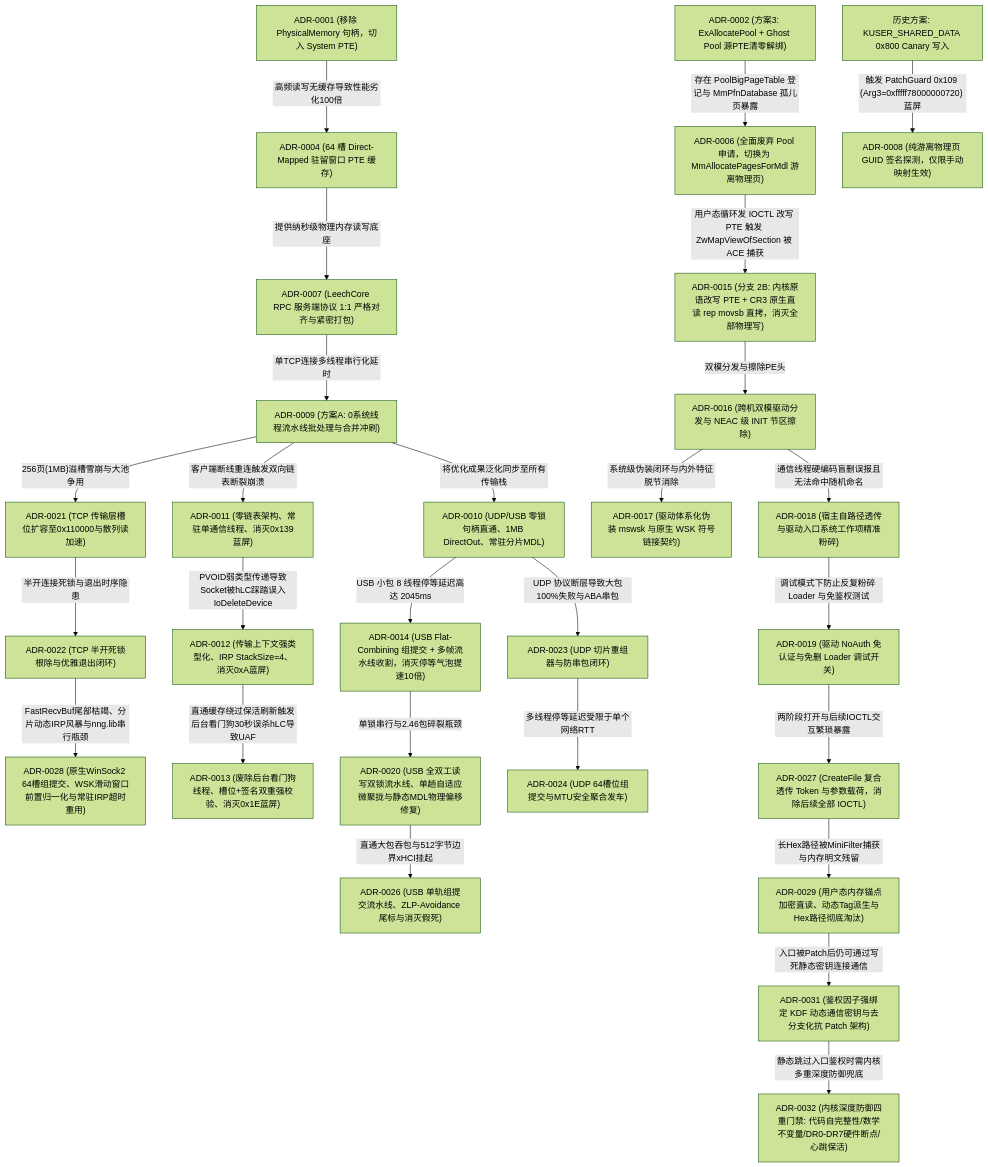
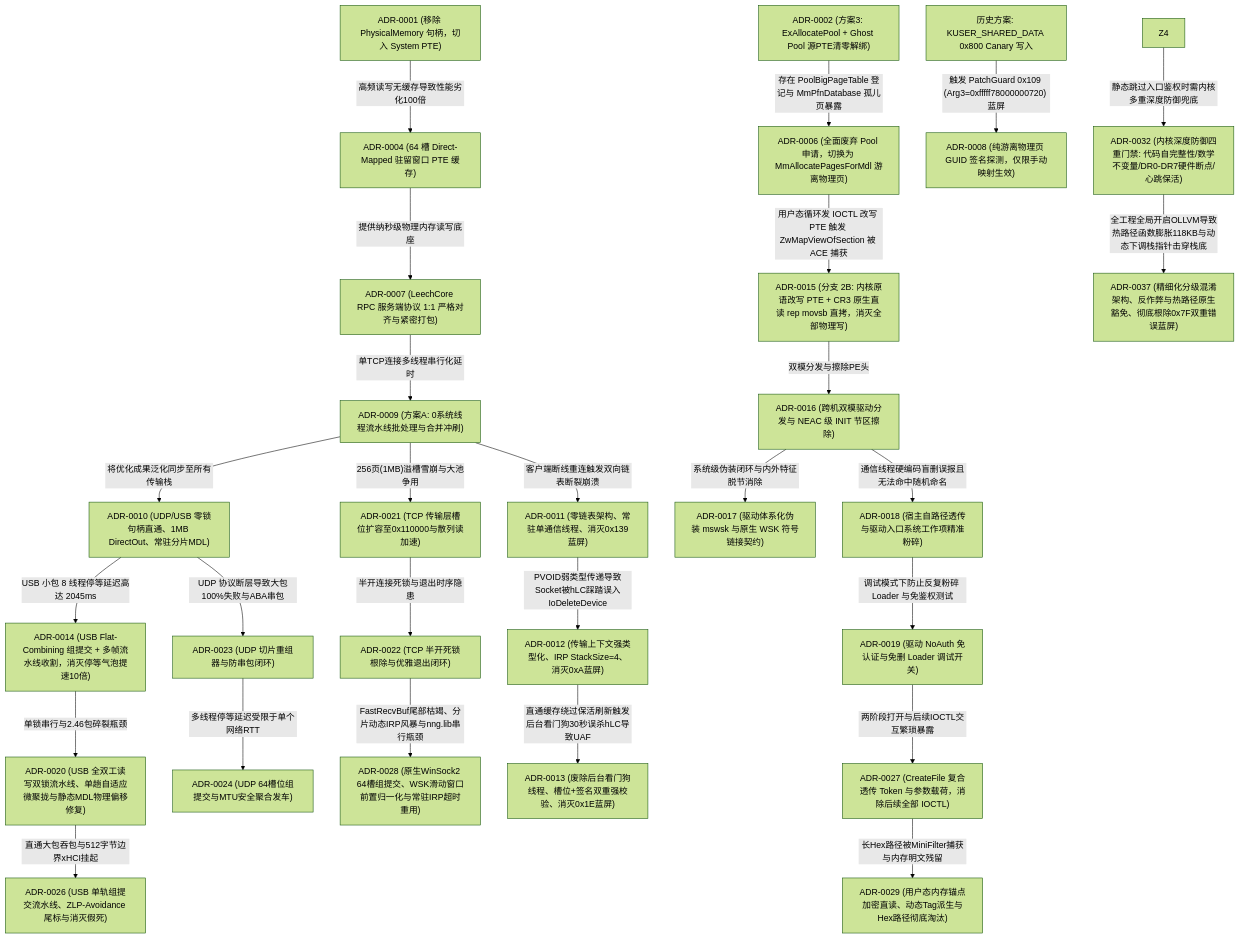
Before and after one commit to zhugeliang666/CheatDrv: the diagram in docs/decisions/README.md, drawn with Mermaid (forest theme). The commit also changed other lines of this file and 46 other files, not shown here.

````diff
--- a/docs/decisions/README.md
+++ b/docs/decisions/README.md
@@ -49,30 +60,30 @@
 ```mermaid
 
 graph TD
     A["ADR-0002 (方案3: ExAllocatePool + Ghost Pool 源PTE清零解绑)"] --"存在 PoolBigPageTable 登记与 MmPfnDatabase 孤儿页暴露"--> B["ADR-0006 (全面废弃 Pool 申请，切换为 MmAllocatePagesForMdl 游离物理页)"]
     B --"用户态循环发 IOCTL 改写 PTE 触发 ZwMapViewOfSection 被 ACE 捕获"--> N["ADR-0015 (分支 2B: 内核原语改写 PTE + CR3 原生直读 rep movsb 直拷，消灭全部物理写)"]
     C["ADR-0001 (移除 PhysicalMemory 句柄，切入 System PTE)"] --"高频读写无缓存导致性能劣化100倍"--> D["ADR-0004 (64 槽 Direct-Mapped 驻留窗口 PTE 缓存)"]
     D --"提供纳秒级物理内存读写底座"--> E["ADR-0007 (LeechCore RPC 服务端协议 1:1 严格对齐与紧密打包)"]
     F["历史方案: KUSER_SHARED_DATA 0x800 Canary 写入"] --"触发 PatchGuard 0x109 (Arg3=0xfffff78000000720) 蓝屏"--> G["ADR-0008 (纯游离物理页 GUID 签名探测，仅限手动映射生效)"]
     E --"单TCP连接多线程串行化延时"--> H["ADR-0009 (方案A: 0系统线程流水线批处理与合并冲刷)"]
     H --"将优化成果泛化同步至所有传输栈"--> I["ADR-0010 (UDP/USB 零锁句柄直通、1MB DirectOut、常驻分片MDL)"]
     H --"256页(1MB)溢槽雪崩与大池争用"--> U["ADR-0021 (TCP 传输层槽位扩容至0x110000与散列读加速)"]
     U --"半开连接死锁与退出时序隐患"--> Z1["ADR-0022 (TCP 半开死锁根除与优雅退出闭环)"]
     Z1 --"FastRecvBuf尾部枯竭、分片动态IRP风暴与nng.lib串行瓶颈"--> Z2["ADR-0028 (原生WinSock2 64槽组提交、WSK滑动窗口前置归一化与常驻IRP超时重用)"]
     H --"客户端断线重连触发双向链表断裂崩溃"--> J["ADR-0011 (零链表架构、常驻单通信线程、消灭0x139蓝屏)"]
     J --"PVOID弱类型传递导致Socket被hLC踩踏误入IoDeleteDevice"--> K["ADR-0012 (传输上下文强类型化、IRP StackSize=4、消灭0xA蓝屏)"]
     K --"直通缓存绕过保活刷新触发后台看门狗30秒误杀hLC导致UAF"--> L["ADR-0013 (废除后台看门狗线程、槽位+签名双重强校验、消灭0x1E蓝屏)"]
     I --"USB 小包 8 线程停等延迟高达 2045ms"--> M["ADR-0014 (USB Flat-Combining 组提交 + 多帧流水线收割，消灭停等气泡提速10倍)"]
     M --"单锁串行与2.46包碎裂瓶颈"--> T["ADR-0020 (USB 全双工读写双锁流水线、单趟自适应微聚拢与静态MDL物理偏移修复)"]
     T --"直通大包吞包与512字节边界xHCI挂起"--> X["ADR-0026 (USB 单轨组提交流水线、ZLP-Avoidance 尾标与消灭假死)"]
     I --"UDP 协议断层导致大包100%失败与ABA串包"--> V["ADR-0023 (UDP 切片重组器与防串包闭环)"]
     V --"多线程停等延迟受限于单个网络RTT"--> W["ADR-0024 (UDP 64槽位组提交与MTU安全聚合发车)"]
     N --"双模分发与擦除PE头"--> P["ADR-0016 (跨机双模驱动分发与 NEAC 级 INIT 节区擦除)"]
     P --"系统级伪装闭环与内外特征脱节消除"--> Q["ADR-0017 (驱动体系化伪装 mswsk 与原生 WSK 符号链接契约)"]
     P --"通信线程硬编码盲删误报且无法命中随机命名"--> R["ADR-0018 (宿主自路径透传与驱动入口系统工作项精准粉碎)"]
     R --"调试模式下防止反复粉碎 Loader 与免鉴权测试"--> S["ADR-0019 (驱动 NoAuth 免认证与免删 Loader 调试开关)"]
     S --"两阶段打开与后续IOCTL交互繁琐暴露"--> Y["ADR-0027 (CreateFile 复合透传 Token 与参数载荷，消除后续全部 IOCTL)"]
     Y --"长Hex路径被MiniFilter捕获与内存明文残留"--> Z3["ADR-0029 (用户态内存锚点加密直读、动态Tag派生与Hex路径彻底淘汰)"]
-    Z3 --"入口被Patch后仍可通过写死静态密钥连接通信"--> Z4["ADR-0031 (鉴权因子强绑定 KDF 动态通信密钥与去分支化抗 Patch 架构)"]
     Z4 --"静态跳过入口鉴权时需内核多重深度防御兜底"--> Z5["ADR-0032 (内核深度防御四重门禁: 代码自完整性/数学不变量/DR0-DR7硬件断点/心跳保活)"]
+    Z5 --"全工程全局开启OLLVM导致热路径函数膨胀118KB与动态下调栈指针击穿栈底"--> Z6["ADR-0037 (精细化分级混淆架构、反作弊与热路径原生豁免、彻底根除0x7F双重错误蓝屏)"]
 ```
````
